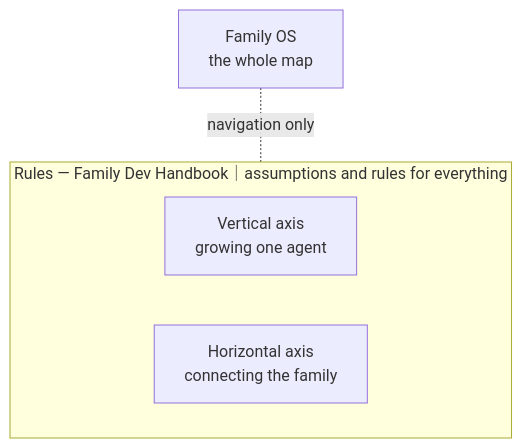
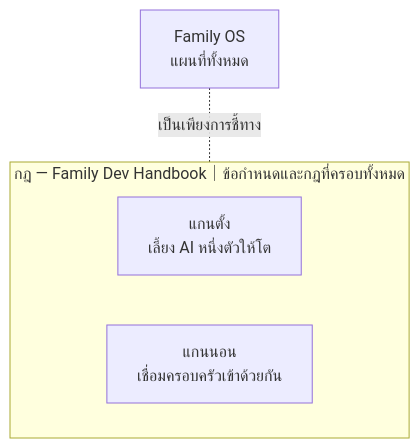
One commit to caty-ai/family-os changed the diagram in README.th.md. Above: the diagram before and after it, drawn with Mermaid. The commit also changed other lines of this file and 9 other files, not shown here.

````diff
--- a/README.th.md
+++ b/README.th.md
@@ -188,12 +188,12 @@
 ```mermaid
 flowchart TB
-  OS["Family OS<br/>the whole map"]
+  OS["Family OS<br/>แผนที่ทั้งหมด"]
 
-  subgraph Rule["Rules — Family Dev Handbook｜assumptions and rules for everything"]
+  subgraph Rule["กฎ — Family Dev Handbook｜ข้อกำหนดและกฎที่ครอบทั้งหมด"]
     direction LR
-    V["Vertical axis<br/>growing one agent"]
-    H["Horizontal axis<br/>connecting the family"]
+    V["แกนตั้ง<br/>เลี้ยง AI หนึ่งตัวให้โต"]
+    H["แกนนอน<br/>เชื่อมครอบครัวเข้าด้วยกัน"]
   end
 
-  OS -.-|"navigation only"| Rule
+  OS -.-|"เป็นเพียงการชี้ทาง"| Rule
 ```
````
